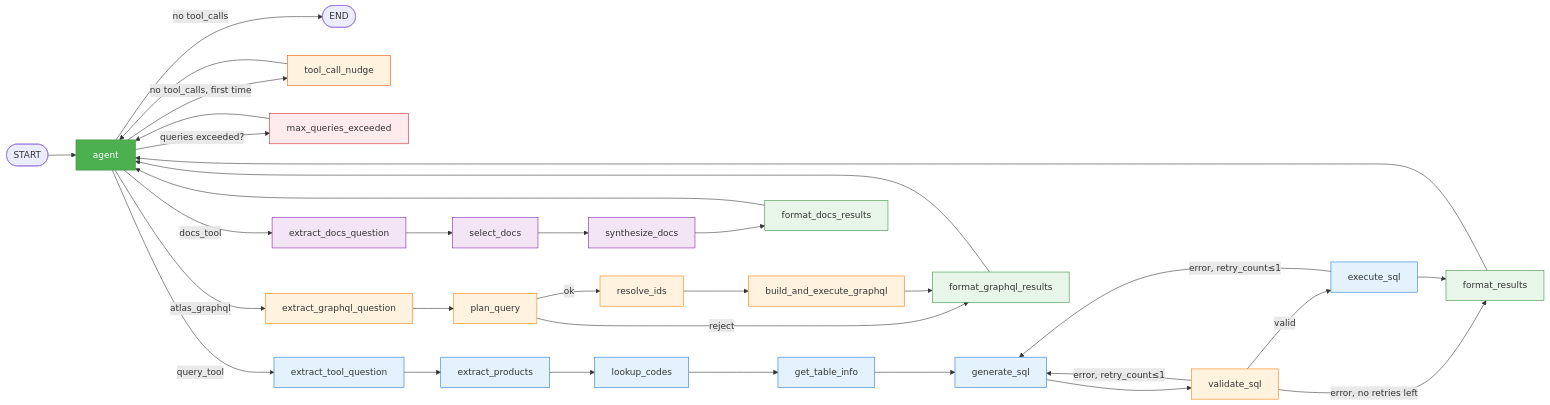
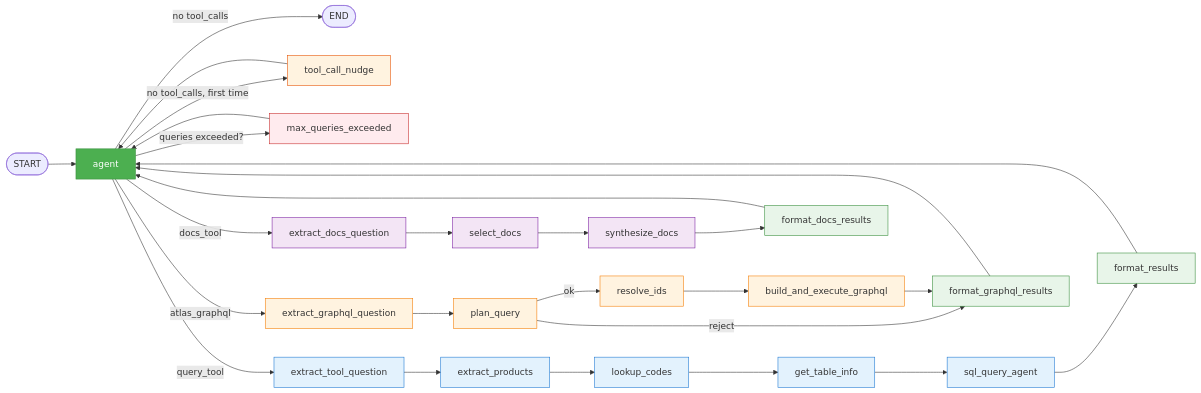
One commit to shreyasgm/ask-atlas changed the second of 5 diagrams in docs/public/architecture.md. Above: the diagram before and after it, drawn with Mermaid. The commit also changed other lines of this file and 1 other file, not shown here.

First line of the commit message:
docs: update architecture docs for agentic SQL sub-agent

````diff
--- a/docs/public/architecture.md
+++ b/docs/public/architecture.md
@@ -302,58 +301,51 @@
 ```mermaid
 graph LR
     START([START]) --> agent
     agent -->|no tool_calls| END_NODE([END])
     agent -->|no tool_calls, first time| tcn[tool_call_nudge]
     tcn --> agent
     agent -->|queries exceeded?| mqe[max_queries_exceeded]
     agent -->|query_tool| etq[extract_tool_question]
     agent -->|atlas_graphql| egq[extract_graphql_question]
     agent -->|docs_tool| edq[extract_docs_question]
 
     etq --> ep[extract_products]
     ep --> lc[lookup_codes]
     lc --> gti[get_table_info]
-    gti --> gs[generate_sql]
-    gs --> vs[validate_sql]
-    vs -->|valid| es[execute_sql]
-    vs -->|"error, retry_count≤1"| gs
-    vs -->|"error, no retries left"| fr[format_results]
-    es --> fr
-    es -->|"error, retry_count≤1"| gs
+    gti --> sqa[sql_query_agent]
+    sqa --> fr[format_results]
     fr --> agent
 
     egq --> pq[plan_query]
     pq -->|reject| fgr[format_graphql_results]
     pq -->|ok| ri[resolve_ids]
     ri --> beg[build_and_execute_graphql]
     beg --> fgr
     fgr --> agent
 
     edq --> sd[select_docs]
     sd --> syd[synthesize_docs]
     syd --> fdr[format_docs_results]
     fdr --> agent
 
     mqe --> agent
 
     style agent fill:#4CAF50,color:#fff,stroke:#388E3C
     style etq fill:#e3f2fd,stroke:#1976D2
     style ep fill:#e3f2fd,stroke:#1976D2
     style lc fill:#e3f2fd,stroke:#1976D2
     style gti fill:#e3f2fd,stroke:#1976D2
-    style gs fill:#e3f2fd,stroke:#1976D2
-    style vs fill:#fff3e0,stroke:#F57C00
-    style es fill:#e3f2fd,stroke:#1976D2
+    style sqa fill:#e3f2fd,stroke:#1976D2
     style fr fill:#e8f5e9,stroke:#388E3C
     style egq fill:#fff3e0,stroke:#F57C00
     style pq fill:#fff3e0,stroke:#F57C00
     style ri fill:#fff3e0,stroke:#F57C00
     style beg fill:#fff3e0,stroke:#F57C00
     style fgr fill:#e8f5e9,stroke:#388E3C
     style edq fill:#f3e5f5,stroke:#7B1FA2
     style sd fill:#f3e5f5,stroke:#7B1FA2
     style syd fill:#f3e5f5,stroke:#7B1FA2
     style fdr fill:#e8f5e9,stroke:#388E3C
     style tcn fill:#fff3e0,stroke:#E65100
     style mqe fill:#ffebee,stroke:#c62828
 ```
````
